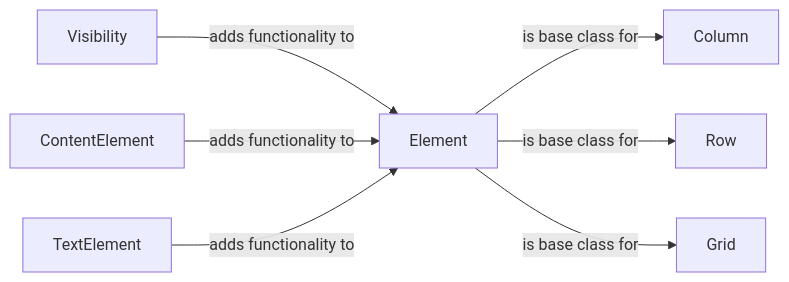
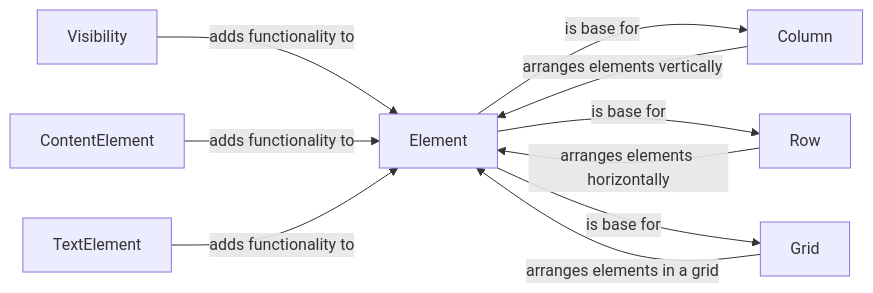
Before and after one commit to CodeBoarding/GeneratedOnBoardings: the diagram in nicegui/UI Element Management.md, drawn with Mermaid. The commit also changed other lines of this file and 15 other files, not shown here.

````diff
--- a/nicegui/UI Element Management.md
+++ b/nicegui/UI Element Management.md
@@ -1,16 +1,19 @@
 ```mermaid
 graph LR
     Element["Element"]
     Visibility["Visibility"]
     ContentElement["ContentElement"]
     TextElement["TextElement"]
     Column["Column"]
     Row["Row"]
     Grid["Grid"]
-    Element -- "is base class for" --> Column
-    Element -- "is base class for" --> Row
-    Element -- "is base class for" --> Grid
+    Element -- "is base for" --> Column
+    Element -- "is base for" --> Row
+    Element -- "is base for" --> Grid
     Visibility -- "adds functionality to" --> Element
     ContentElement -- "adds functionality to" --> Element
     TextElement -- "adds functionality to" --> Element
+    Column -- "arranges elements vertically" --> Element
+    Row -- "arranges elements horizontally" --> Element
+    Grid -- "arranges elements in a grid" --> Element
 ```
````
